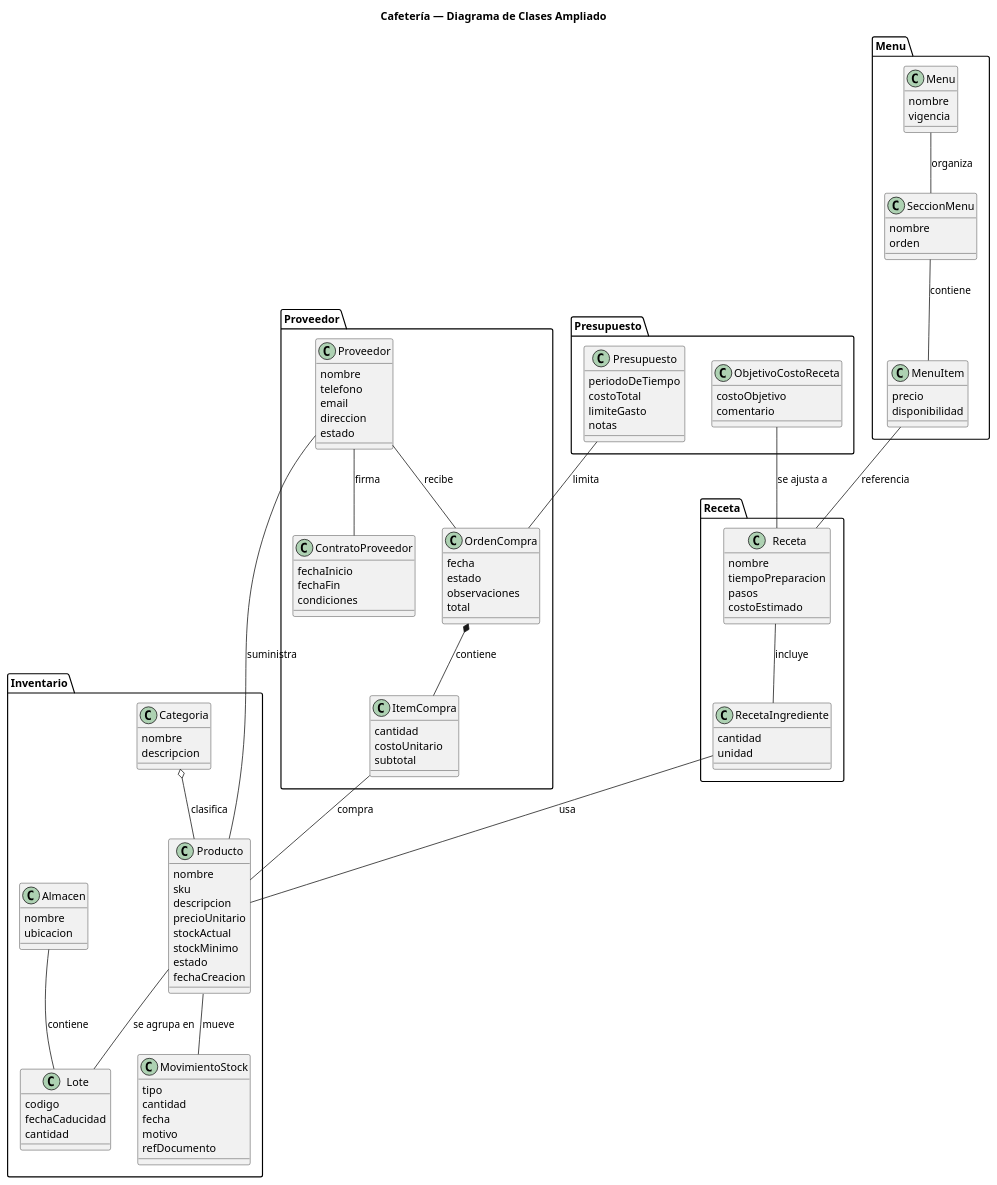
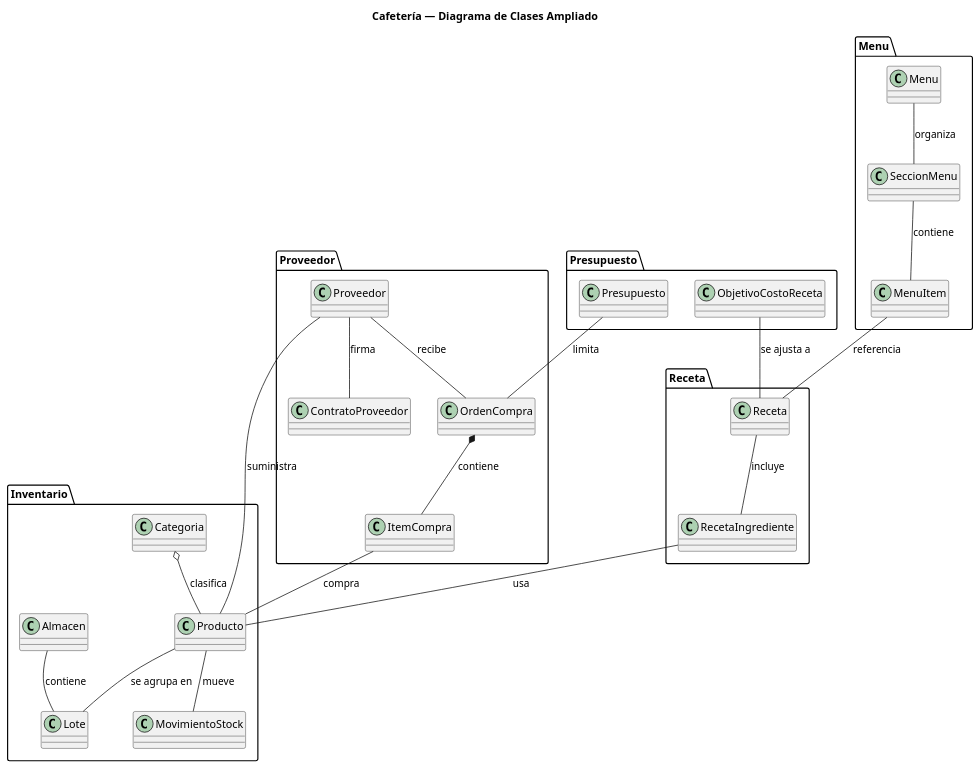
The diagram in entregas/orozcoBeatriz/modelosUML/DiagramaClasesAmpliado.puml (beatriizorozco/25-26-IDSW1), drawn with PlantUML before and after one commit. The commit also changed 1 other file, not shown here.

```diff
--- a/entregas/orozcoBeatriz/modelosUML/DiagramaClasesAmpliado.puml
+++ b/entregas/orozcoBeatriz/modelosUML/DiagramaClasesAmpliado.puml
@@ -1,141 +1,88 @@
 @startuml DiagramaClasesAmpliado
 
 title Cafetería — Diagrama de Clases Ampliado
 
 package "Presupuesto" {
   class Presupuesto {
-    periodoDeTiempo
-    costoTotal
-    limiteGasto
-    notas
   }
 
   class ObjetivoCostoReceta {
-    costoObjetivo
-    comentario
   }
 }
 
 package "Proveedor" {
   class Proveedor {
-    nombre
-    telefono
-    email
-    direccion
-    estado
   }
 
   class OrdenCompra {
-    fecha
-    estado
-    observaciones
-    total
   }
 
   class ItemCompra {
-    cantidad
-    costoUnitario
-    subtotal
   }
 
   class ContratoProveedor {
-    fechaInicio
-    fechaFin
-    condiciones
   }
 
   Proveedor -- OrdenCompra : recibe
   OrdenCompra *-- ItemCompra : contiene
   Proveedor -- ContratoProveedor : firma
 }
 
 
 package "Inventario" {
   class Producto {
-    nombre
-    sku
-    descripcion
-    precioUnitario
-    stockActual
-    stockMinimo
-    estado
-    fechaCreacion
   }
 
   class Categoria {
-    nombre
-    descripcion
   }
 
   class MovimientoStock {
-    tipo
-    cantidad
-    fecha
-    motivo
-    refDocumento
   }
 
   class Almacen {
-    nombre
-    ubicacion
   }
 
   class Lote {
-    codigo
-    fechaCaducidad
-    cantidad
   }
 
   Categoria o-- Producto : clasifica
   Producto -- MovimientoStock : mueve
   Almacen -- Lote : contiene
   Producto -- Lote : se agrupa en
 }
 
 package "Receta" {
   class Receta {
-    nombre
-    tiempoPreparacion
-    pasos
-    costoEstimado
   }
 
   class RecetaIngrediente {
-    cantidad
-    unidad
   }
 
   Receta -- RecetaIngrediente : incluye
 }
 
 package "Menu" {
   class Menu {
-    nombre
-    vigencia
   }
 
   class SeccionMenu {
-    nombre
-    orden
   }
 
   class MenuItem {
-    precio
-    disponibilidad
   }
 
   Menu -- SeccionMenu : organiza
   SeccionMenu -- MenuItem : contiene
 }
 
 Proveedor.Proveedor -- Inventario.Producto : suministra
 Proveedor.ItemCompra -- Inventario.Producto : compra
 
 Receta.RecetaIngrediente -- Inventario.Producto : usa
 
 Menu.MenuItem -- Receta.Receta : referencia
 
 Presupuesto.Presupuesto -- Proveedor.OrdenCompra : limita
 Presupuesto.ObjetivoCostoReceta -- Receta.Receta : se ajusta a
 
 @enduml
```
